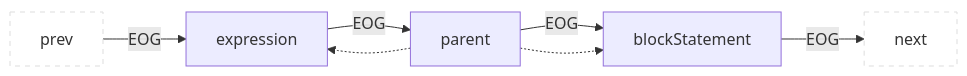
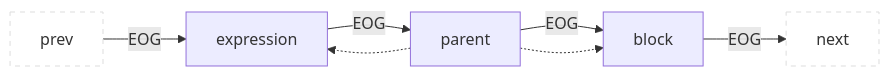
One commit to Fraunhofer-AISEC/cpg changed diagram 31 of 40 in docs/docs/CPG/specs/eog.md. Above: the diagram before and after it, drawn with Mermaid. The commit also changed other lines of this file and 19 other files, not shown here.

````diff
--- a/docs/docs/CPG/specs/eog.md
+++ b/docs/docs/CPG/specs/eog.md
@@ -590,10 +590,10 @@
 ```mermaid
 flowchart LR
   classDef outer fill:#fff,stroke:#ddd,stroke-dasharray:5 5;
   prev:::outer --EOG--> child1["expression"]
   child1 --EOG--> parent
-  parent --EOG--> child2["blockStatement"]
+  parent --EOG--> child2["block"]
   child2 --EOG--> next:::outer
   parent -.-> child1
   parent -.-> child2
 ```
````
